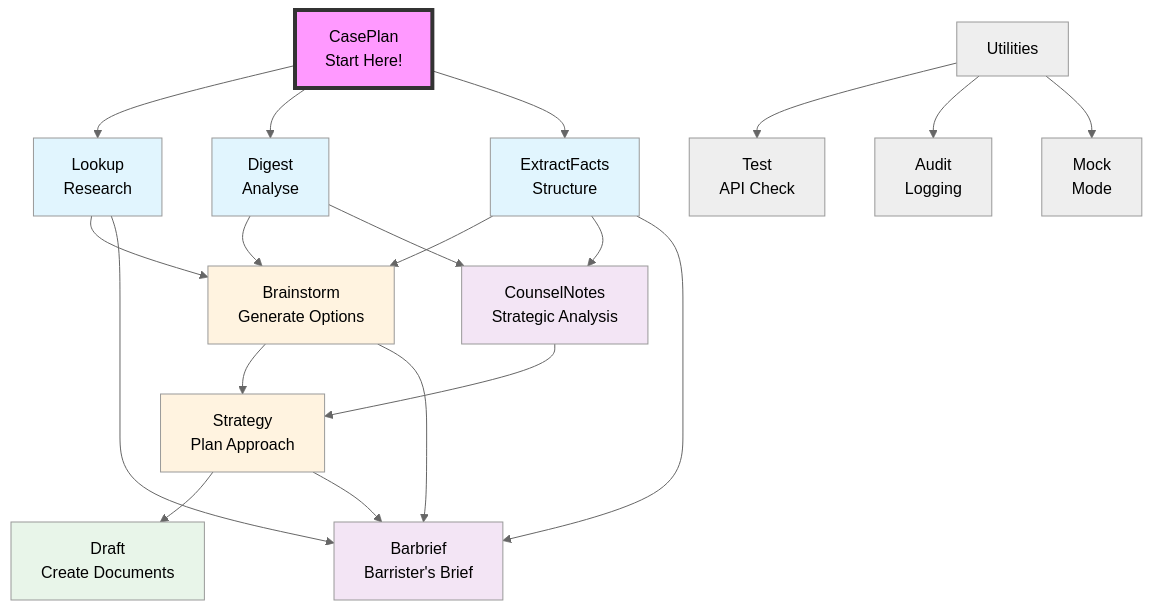
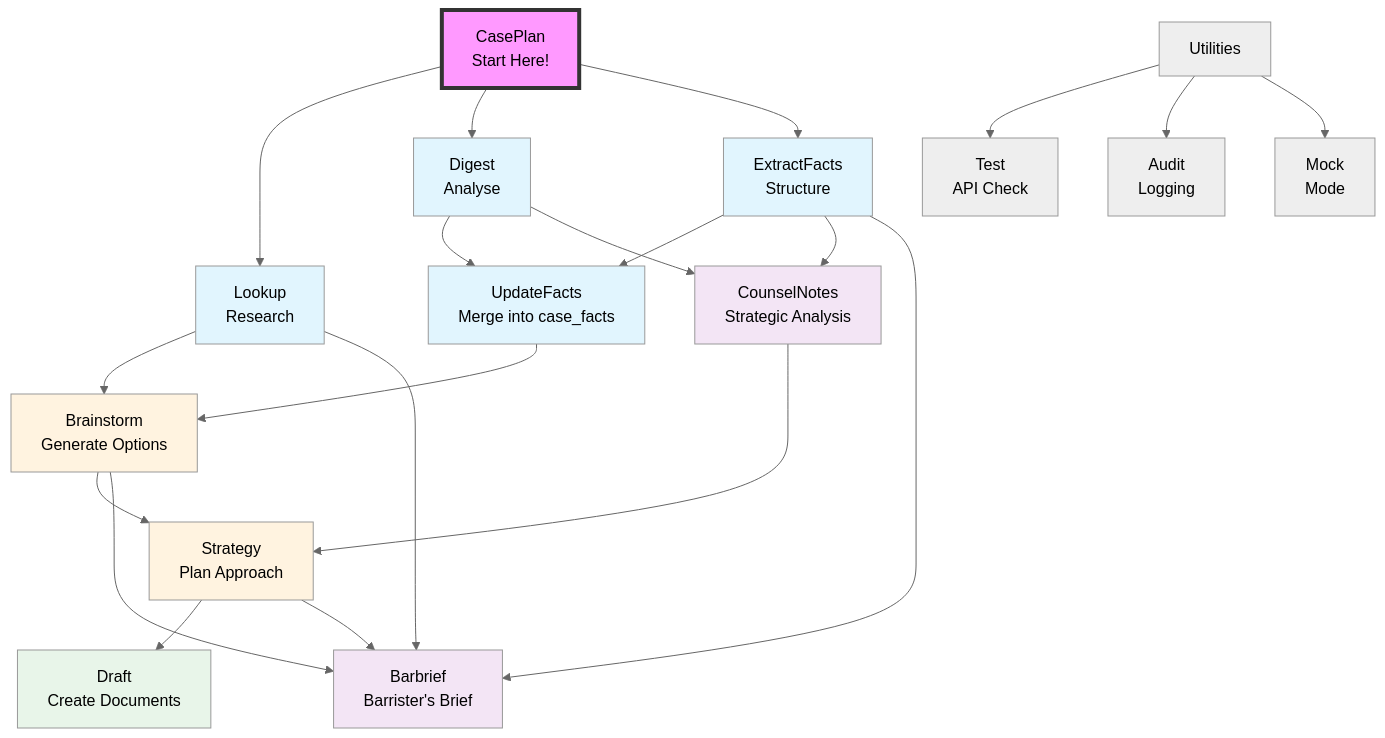
The diagram in README.md (agelastic/litassist-priv), drawn with Mermaid (neutral theme) before and after one commit. The commit also changed other lines of this file and 5 other files, not shown here.

````diff
--- a/README.md
+++ b/README.md
@@ -14,36 +14,38 @@
 ```mermaid
 graph TD
     CP["CasePlan<br/>Start Here!"] --> A["Lookup<br/>Research"]
     CP --> B["Digest<br/>Analyse"]
     CP --> C["ExtractFacts<br/>Structure"]
     
     A --> D["Brainstorm<br/>Generate Options"]
-    B --> D
-    C --> D
+    B --> UF["UpdateFacts<br/>Merge into case_facts"]
+    C --> UF
+    UF --> D
     
     D --> E["Strategy<br/>Plan Approach"]
     E --> F["Draft<br/>Create Documents"]
     
     B --> CN["CounselNotes<br/>Strategic Analysis"]
     C --> CN
     CN --> E
     
     C --> BB["Barbrief<br/>Barrister's Brief"]
     D --> BB
     E --> BB
     A --> BB
     
     G[Utilities] --> H["Test<br/>API Check"]
     G --> I["Audit<br/>Logging"]
     G --> J["Mock<br/>Mode"]
     
     style CP fill:#f9f,stroke:#333,stroke-width:4px
     style A fill:#e1f5fe
     style B fill:#e1f5fe
     style C fill:#e1f5fe
     style D fill:#fff3e0
     style E fill:#fff3e0
     style F fill:#e8f5e9
+    style UF fill:#e1f5fe
     style CN fill:#f3e5f5
     style BB fill:#f3e5f5
 ```
````
